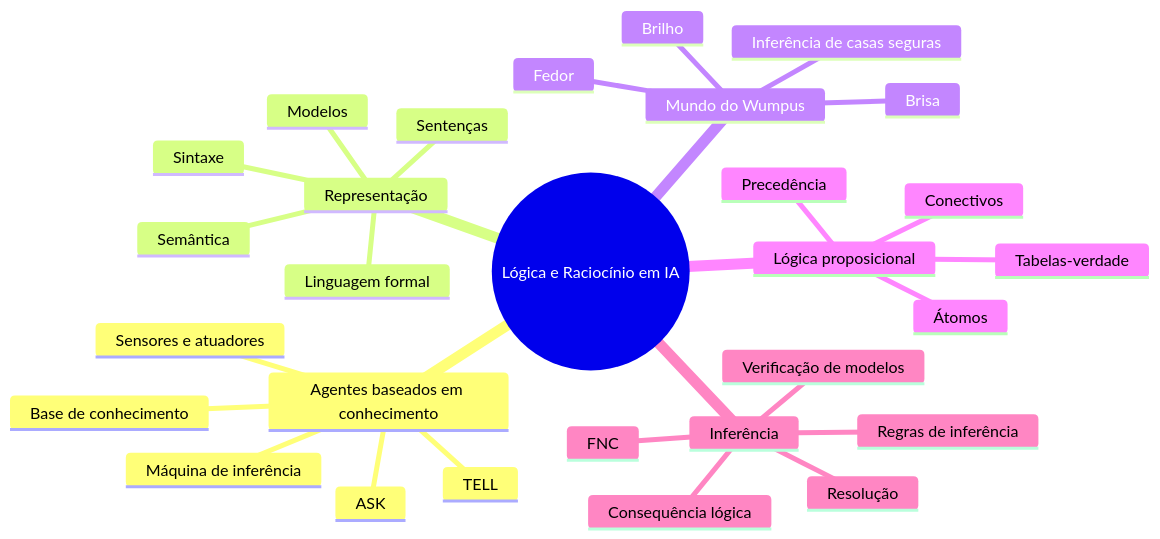
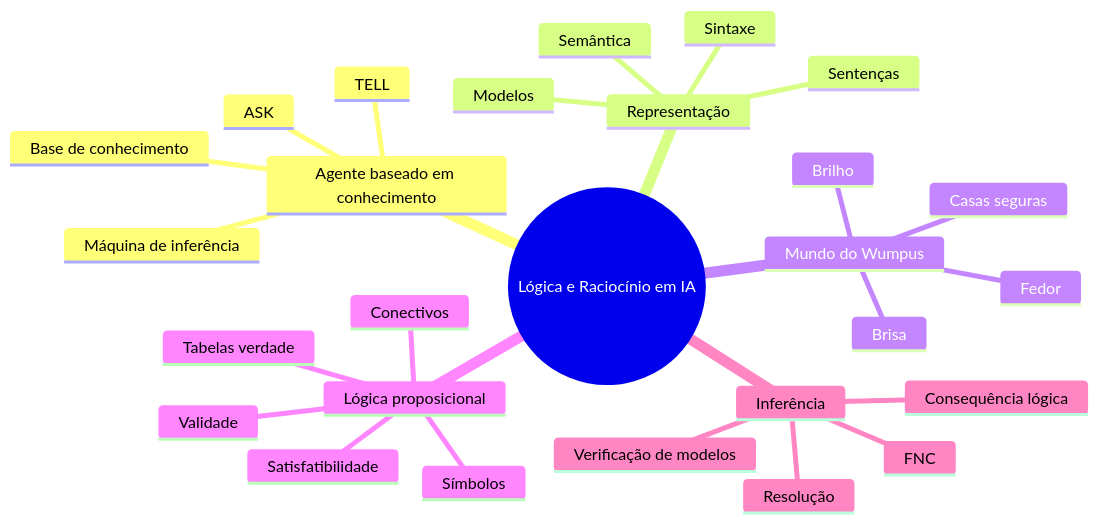
Before and after one commit to tiagofga/EC-IA: the first of 10 diagrams in notas/05-logica/README.md, drawn with Mermaid. The commit also changed other lines of this file, not shown here.

````diff
--- a/notas/05-logica/README.md
+++ b/notas/05-logica/README.md
@@ -28,32 +25,30 @@
 ```mermaid
 mindmap
   root((Lógica e Raciocínio em IA))
-    Agentes baseados em conhecimento
+    Agente baseado em conhecimento
       Base de conhecimento
       TELL
       ASK
       Máquina de inferência
-      Sensores e atuadores
     Representação
-      Linguagem formal
       Sintaxe
       Semântica
       Sentenças
       Modelos
     Mundo do Wumpus
+      Brisa
       Fedor
-      Brisa
       Brilho
-      Inferência de casas seguras
+      Casas seguras
     Lógica proposicional
-      Átomos
+      Símbolos
       Conectivos
-      Precedência
-      Tabelas-verdade
+      Tabelas verdade
+      Validade
+      Satisfatibilidade
     Inferência
       Consequência lógica
       Verificação de modelos
-      Regras de inferência
+      FNC
       Resolução
-      FNC
 ```
````
